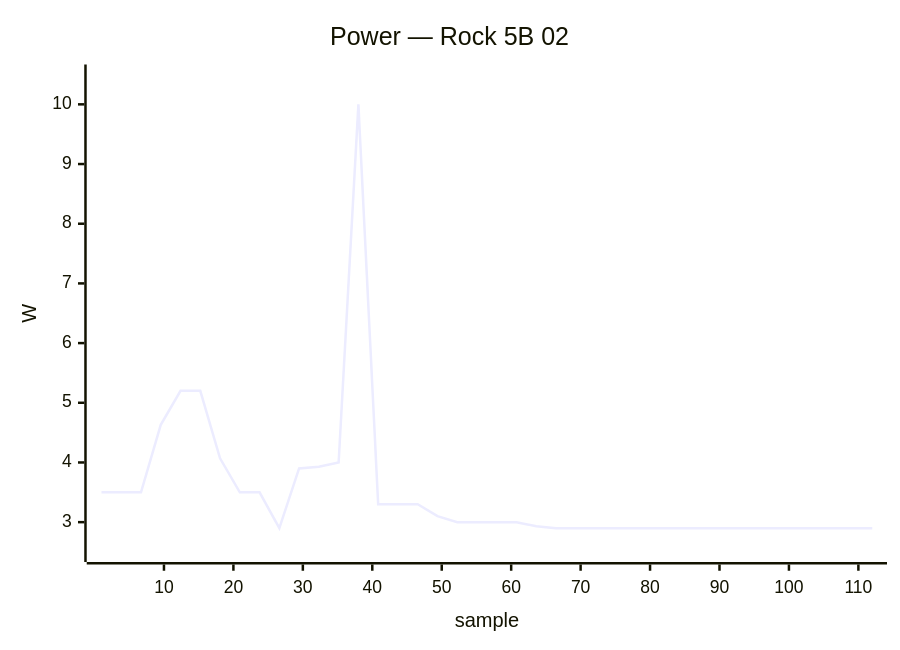
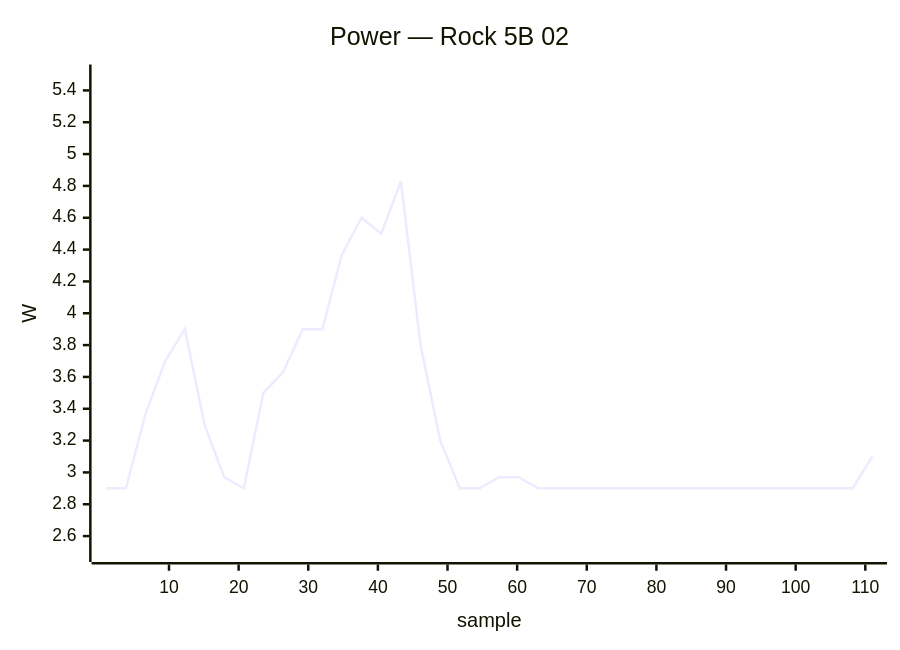
One commit to armbian/documentation changed the fourth of 34 diagrams in docs/status/board-tests.md. Above: the diagram before and after it, drawn with Mermaid. The commit also changed other lines of this file, not shown here.

````diff
--- a/docs/status/board-tests.md
+++ b/docs/status/board-tests.md
@@ -198,7 +198,7 @@
 ```mermaid
 xychart-beta
     title "Power — Rock 5B 02"
-    x-axis "sample" 1 --> 112
-    y-axis "W" 2.5 --> 10.5
-    line [3.50, 3.50, 3.50, 4.63, 5.20, 5.20, 4.07, 3.50, 3.50, 2.90, 3.90, 3.93, 4.00, 10.00, 3.30, 3.30, 3.30, 3.10, 3.00, 3.00, 3.00, 3.00, 2.93, 2.90, 2.90, 2.90, 2.90, 2.90, 2.90, 2.90, 2.90, 2.90, 2.90, 2.90, 2.90, 2.90, 2.90, 2.90, 2.90, 2.90]
+    x-axis "sample" 1 --> 111
+    y-axis "W" 2.5 --> 5.5
+    line [2.90, 2.90, 3.37, 3.70, 3.90, 3.30, 2.97, 2.90, 3.50, 3.63, 3.90, 3.90, 4.37, 4.60, 4.50, 4.83, 3.80, 3.20, 2.90, 2.90, 2.97, 2.97, 2.90, 2.90, 2.90, 2.90, 2.90, 2.90, 2.90, 2.90, 2.90, 2.90, 2.90, 2.90, 2.90, 2.90, 2.90, 2.90, 2.90, 3.10]
 ```
````
